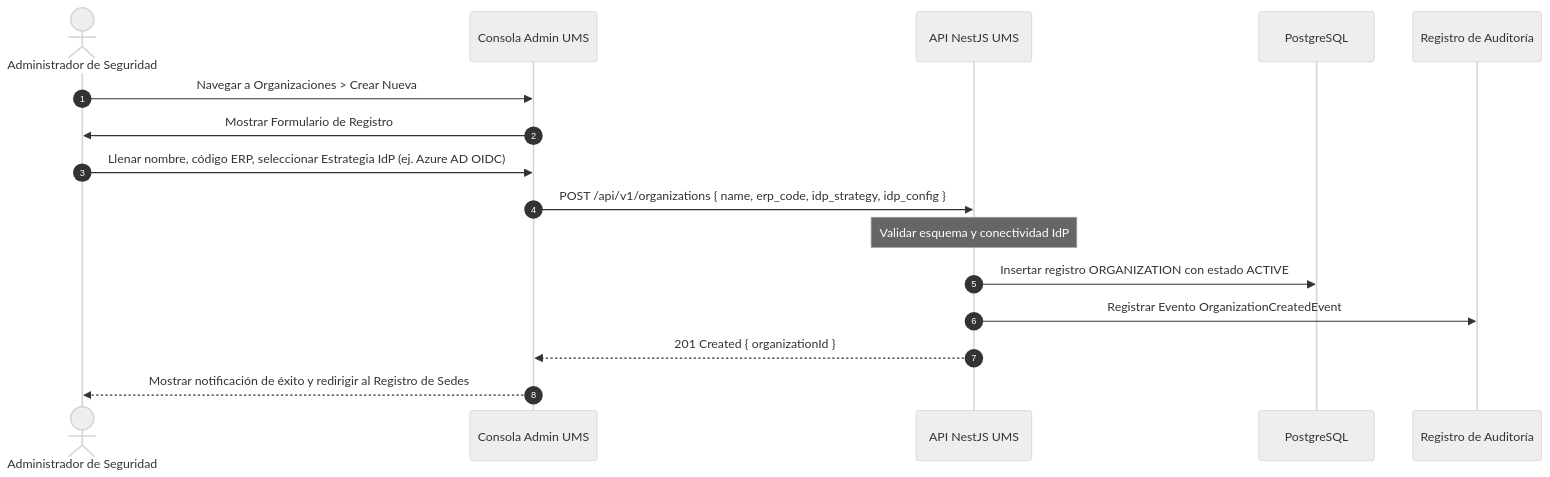
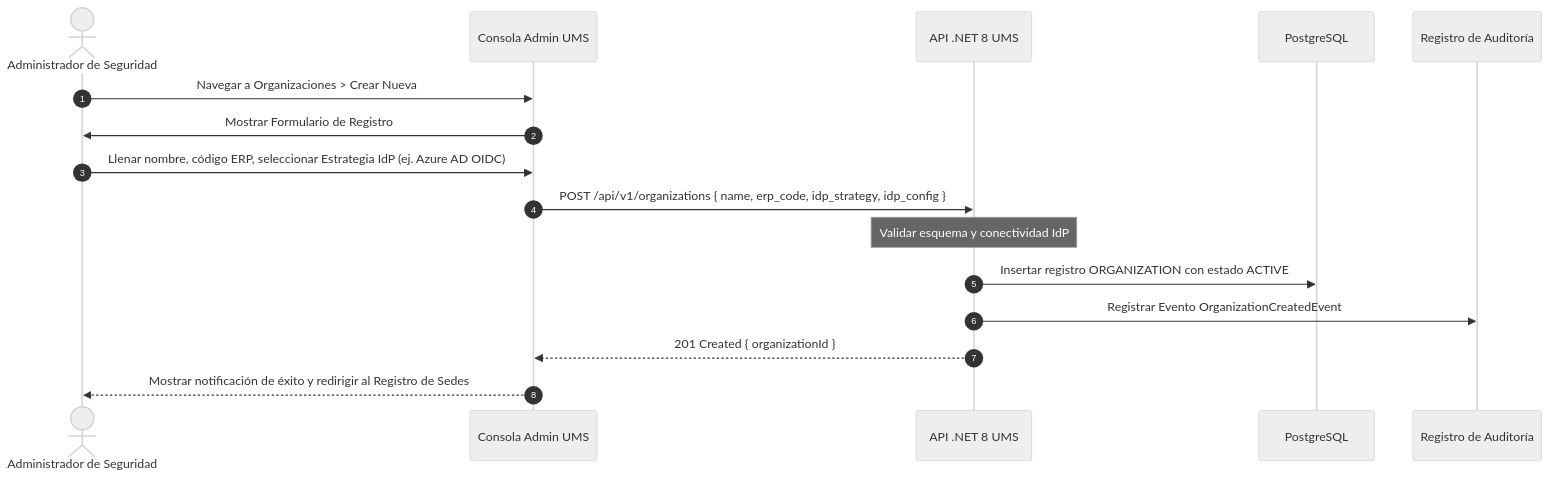
Before and after one commit to beyondnetcode/ums: the diagram in src/ums-workspace/docs/es/01-requirements/usecases/uc-04-register-organization.md, drawn with Mermaid (neutral theme). The commit also changed 27 other files, not shown here.

````diff
--- a/src/ums-workspace/docs/es/01-requirements/usecases/uc-04-register-organization.md
+++ b/src/ums-workspace/docs/es/01-requirements/usecases/uc-04-register-organization.md
@@ -20,19 +20,19 @@
 ```mermaid
 sequenceDiagram
     autonumber
     actor Admin as Administrador de Seguridad
     participant Console as Consola Admin UMS
-    participant API as API NestJS UMS
+    participant API as API .NET 8 UMS
     participant DB as PostgreSQL
     participant Audit as Registro de Auditoría
 
     Admin->>Console: Navegar a Organizaciones > Crear Nueva
     Console->>Admin: Mostrar Formulario de Registro
     Admin->>Console: Llenar nombre, código ERP, seleccionar Estrategia IdP (ej. Azure AD OIDC)
     Console->>API: POST /api/v1/organizations { name, erp_code, idp_strategy, idp_config }
     Note over API: Validar esquema y conectividad IdP
     API->>DB: Insertar registro ORGANIZATION con estado ACTIVE
     API->>Audit: Registrar Evento OrganizationCreatedEvent
     API-->>Console: 201 Created { organizationId }
     Console-->>Admin: Mostrar notificación de éxito y redirigir al Registro de Sedes
 ```
````
